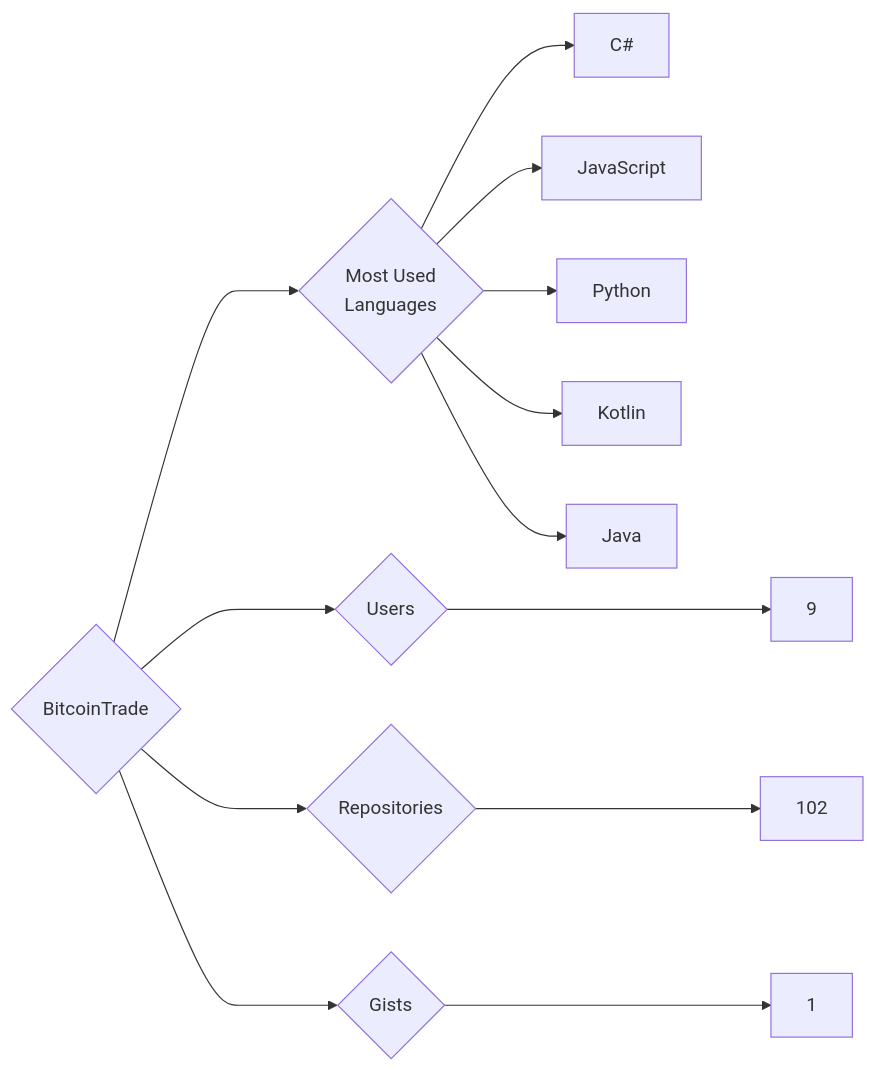
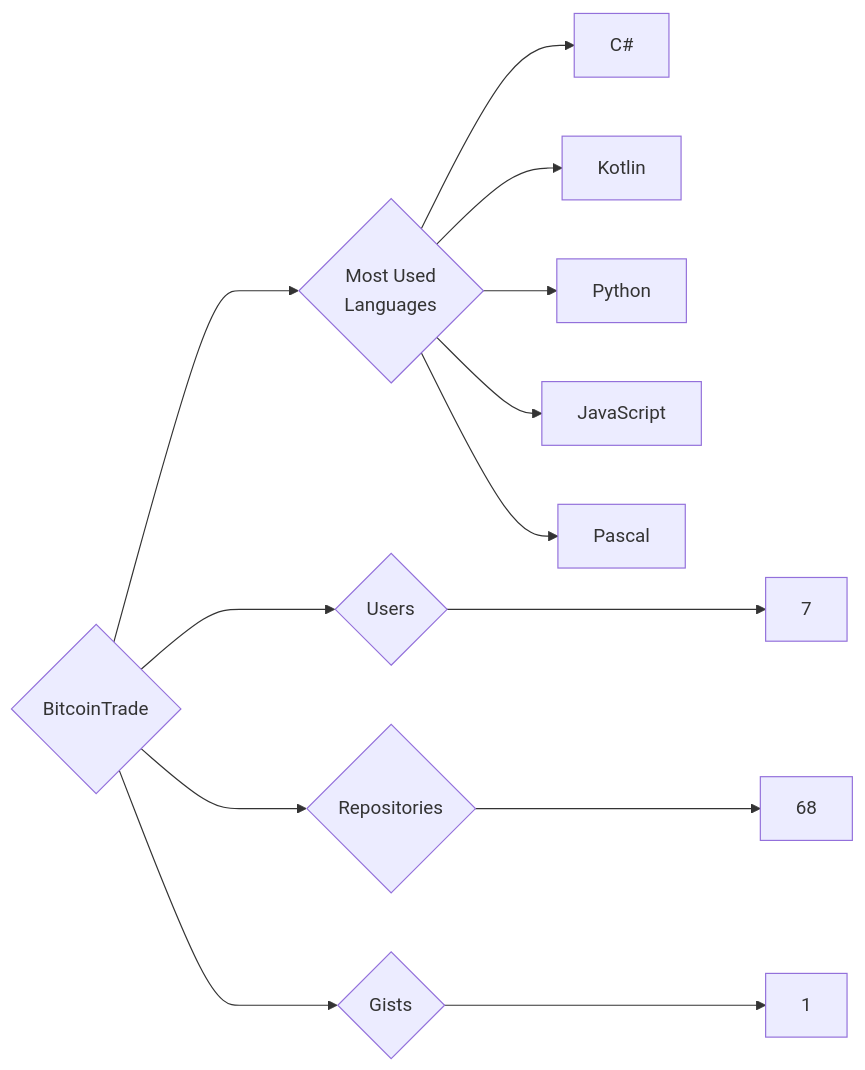
Before and after one commit to trickest/insiders: the diagram in targets/BitcoinTrade/README.md, drawn with Mermaid. The commit also changed 1055 other files, not shown here.

````diff
--- a/targets/BitcoinTrade/README.md
+++ b/targets/BitcoinTrade/README.md
@@ -3,13 +3,13 @@
 ```mermaid
 graph LR
 COMPANY_NAME{BitcoinTrade}
-COMPANY_NAME ---> U{Users} ---> UN[9]
-COMPANY_NAME ---> R{Repositories} ---> RN[102]
+COMPANY_NAME ---> U{Users} ---> UN[7]
+COMPANY_NAME ---> R{Repositories} ---> RN[68]
 COMPANY_NAME ---> G{Gists} ---> GN[1]
 COMPANY_NAME ---> ML{Most Used<br>Languages}
 ML --> C#[C#]
+ML --> Kotlin[Kotlin]
+ML --> Python[Python]
 ML --> JavaScript[JavaScript]
-ML --> Python[Python]
-ML --> Kotlin[Kotlin]
-ML --> Java[Java]
+ML --> Pascal[Pascal]
 ```
````
